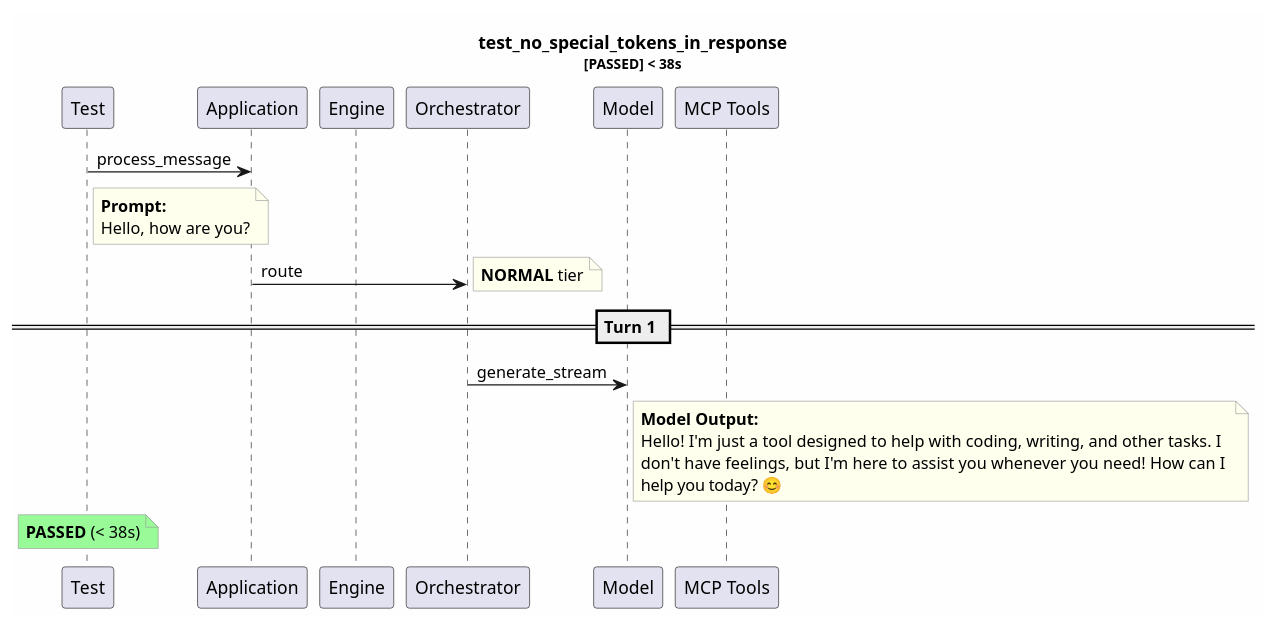
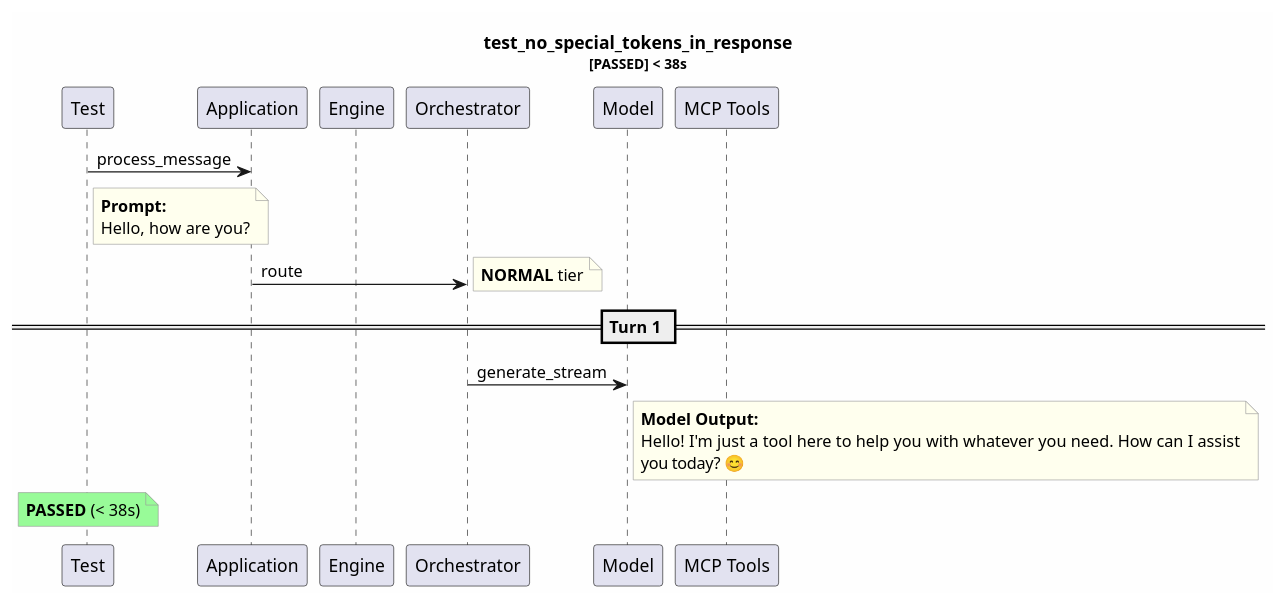
One commit to tvanfossen/entropic changed the diagram in test-reports/logs/test_no_special_tokens_in_response/test_no_special_tokens_in_response.puml. Above: the diagram before and after it, drawn with PlantUML. The commit also changed 28 other files, not shown here.

```diff
--- a/test-reports/logs/test_no_special_tokens_in_response/test_no_special_tokens_in_response.puml
+++ b/test-reports/logs/test_no_special_tokens_in_response/test_no_special_tokens_in_response.puml
@@ -1,33 +1,32 @@
 @startuml
 skinparam backgroundColor #FEFEFE
 skinparam noteBorderColor #999999
 skinparam noteBackgroundColor #FFFFEE
 title test_no_special_tokens_in_response\n<size:11>[PASSED] < 38s</size>
 
 participant "Test" as T
 participant "Application" as App
 participant "Engine" as Eng
 participant "Orchestrator" as Orch
 participant "Model" as Mdl
 participant "MCP Tools" as MCP
 
 T -> App: process_message
 note right of T
   **Prompt:**
   Hello, how are you?
 end note
 App -> Orch: route
 note right: **NORMAL** tier
 == Turn 1 ==
 Orch -> Mdl: generate_stream
 note right of Mdl
   **Model Output:**
-  Hello! I'm just a tool designed to help with coding, writing, and other tasks. I
-  don't have feelings, but I'm here to assist you whenever you need! How can I 
-  help you today? 😊
+  Hello! I'm just a tool here to help you with whatever you need. How can I assist
+  you today? 😊
 end note
 note over T #palegreen
   **PASSED** (< 38s)
 end note
 
 @enduml
```
